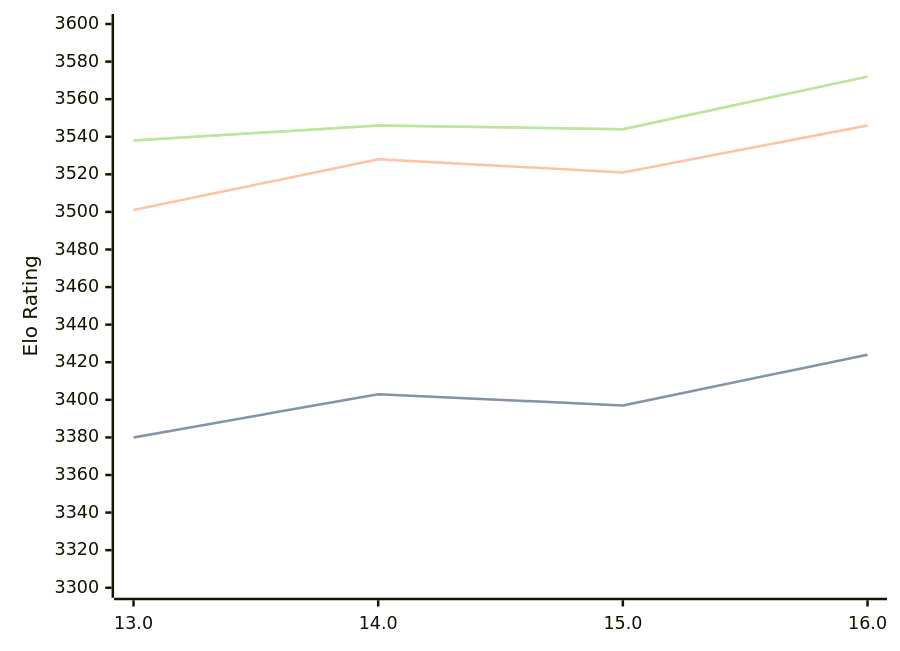
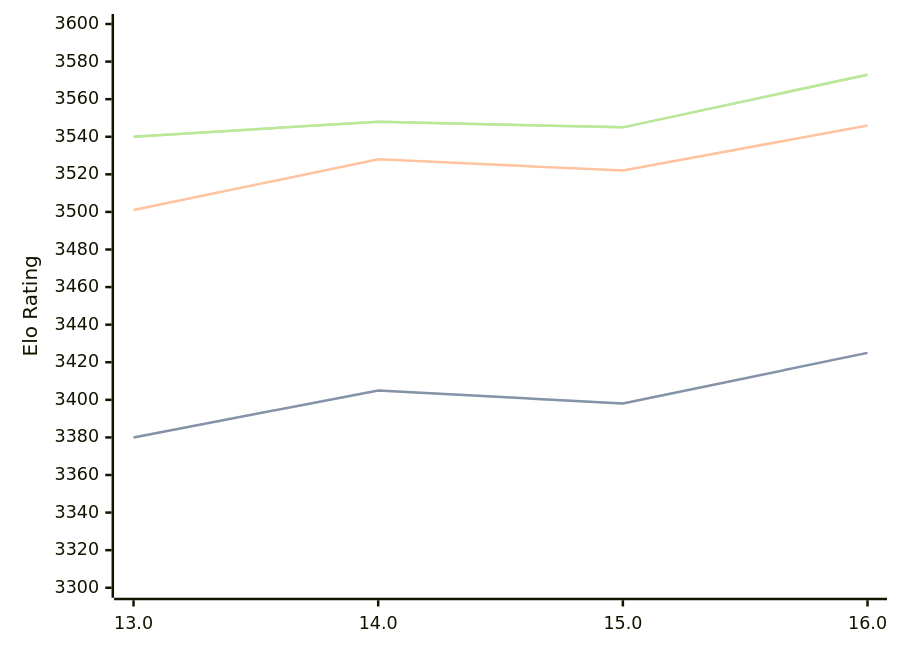
One commit to computer-chess-index/cci changed the diagram in engines/Obsidian.md. Above: the diagram before and after it, drawn with Mermaid. The commit also changed other lines of this file, not shown here.

Commit message:
Update CCI Ratings (ELO VLTC) - 2026-07-24

````diff
--- a/engines/Obsidian.md
+++ b/engines/Obsidian.md
@@ -43,11 +43,11 @@
 ```mermaid
 %%{init: {"theme":"base","themeVariables":{"seriesColors:['#a3a3a3','#222221','#faa371']}}}%%
 xychart-beta
   x-axis ["13.0", "14.0", "15.0", "16.0"]
   y-axis "Elo Rating" 3300 --> 3600
-  line "STC (8.0+0.08s)" [3380, 3403, 3397, 3424]
-  line "STC (8.0+0.08s)" [3380, 3403, 3397, 3424]
-  line "LTC (60.0+0.60s)" [3501, 3528, 3521, 3546]
-  line "VLTC (2m24s+1.12s)" [3538, 3546, 3544, 3572]
-  line "VLTC (2m24s+1.12s)" [3538, 3546, 3544, 3572]
+  line "STC (8.0+0.08s)" [3380, 3405, 3398, 3425]
+  line "STC (8.0+0.08s)" [3380, 3405, 3398, 3425]
+  line "LTC (60.0+0.60s)" [3501, 3528, 3522, 3546]
+  line "VLTC (2m24s+1.12s)" [3540, 3548, 3545, 3573]
+  line "VLTC (2m24s+1.12s)" [3540, 3548, 3545, 3573]
 ```
````
